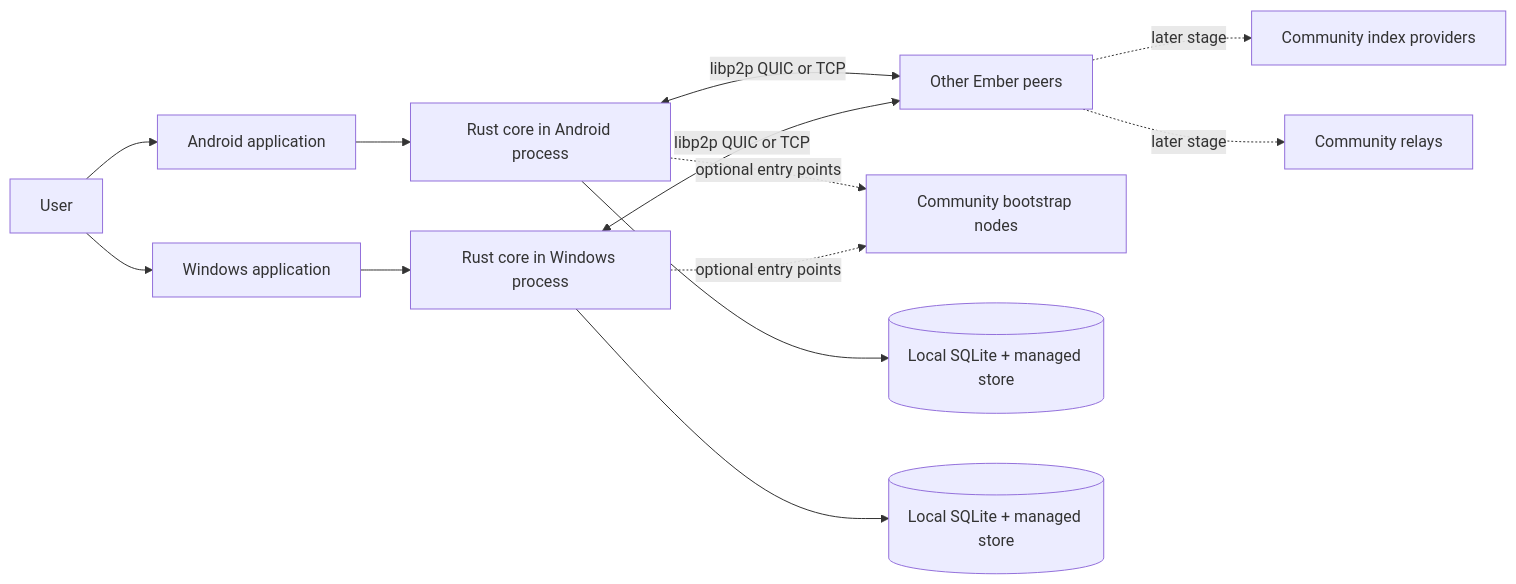
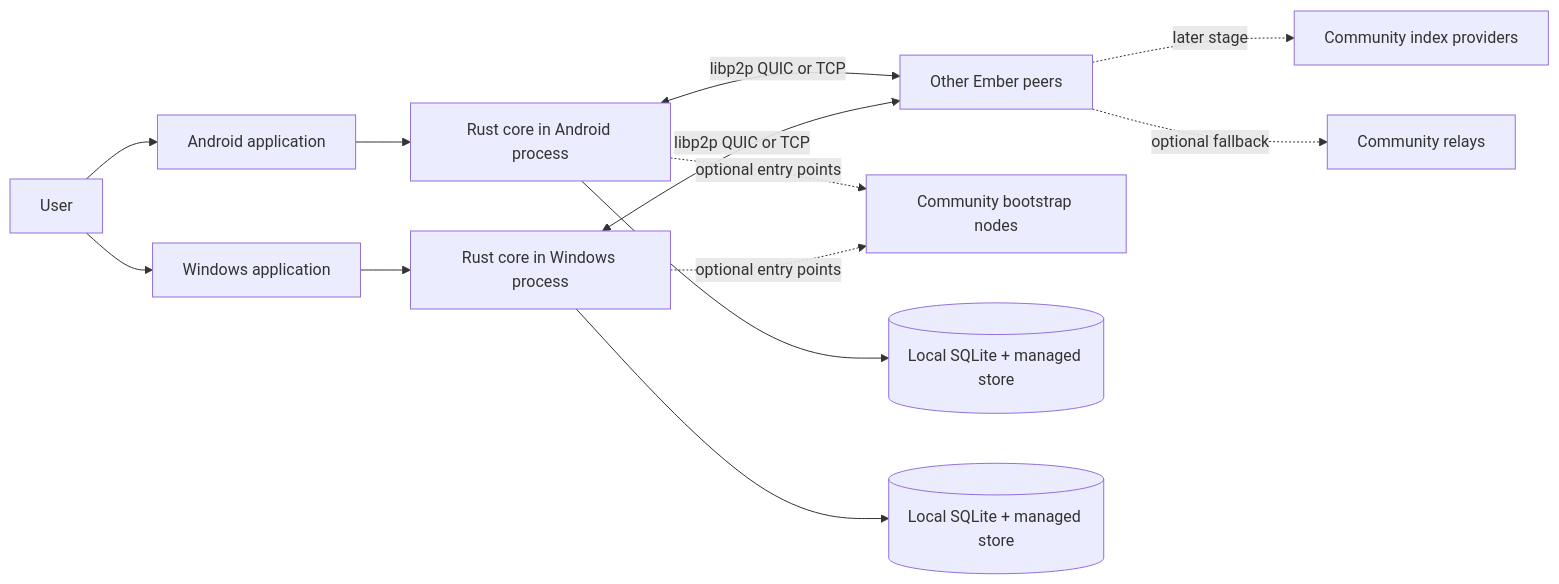
One commit to farokh-ra/Ember changed the diagram in docs/ARCHITECTURE.md. Above: the diagram before and after it, drawn with Mermaid. The commit also changed other lines of this file and 8 other files, not shown here.

````diff
--- a/docs/ARCHITECTURE.md
+++ b/docs/ARCHITECTURE.md
@@ -62,15 +62,15 @@
 ```mermaid
 flowchart LR
     User[User] --> Android[Android application]
     User --> Windows[Windows application]
     Android --> CoreA[Rust core in Android process]
     Windows --> CoreW[Rust core in Windows process]
     CoreA <-->|libp2p QUIC or TCP| Peers[Other Ember peers]
     CoreW <-->|libp2p QUIC or TCP| Peers
     CoreA -.->|optional entry points| Bootstrap[Community bootstrap nodes]
     CoreW -.->|optional entry points| Bootstrap
     Peers -.->|later stage| Index[Community index providers]
-    Peers -.->|later stage| Relay[Community relays]
+    Peers -.->|optional fallback| Relay[Community relays]
     CoreA --> LocalA[(Local SQLite + managed store)]
     CoreW --> LocalW[(Local SQLite + managed store)]
 ```
````
